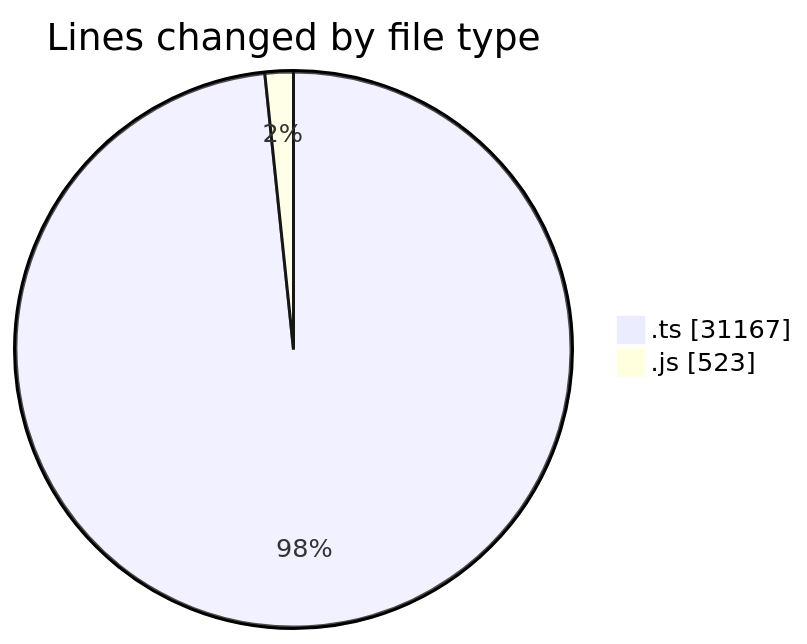
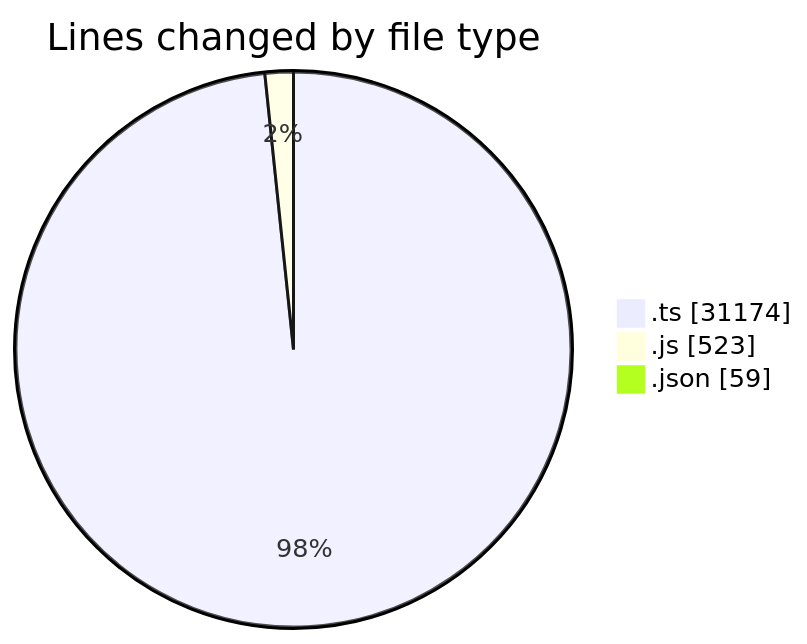
The first of 2 diagrams in 2025-07-31/cda/README.md (momahboobian/code-tracking), drawn with Mermaid before and after one commit. The commit also changed other lines of this file and 1 other file, not shown here.

````diff
--- a/2025-07-31/cda/README.md
+++ b/2025-07-31/cda/README.md
@@ -23,6 +24,7 @@
 ```mermaid
 pie showData
 title Lines changed by file type
-".ts" : 31167
+".ts" : 31174
 ".js" : 523
+".json" : 59
 ```
````
